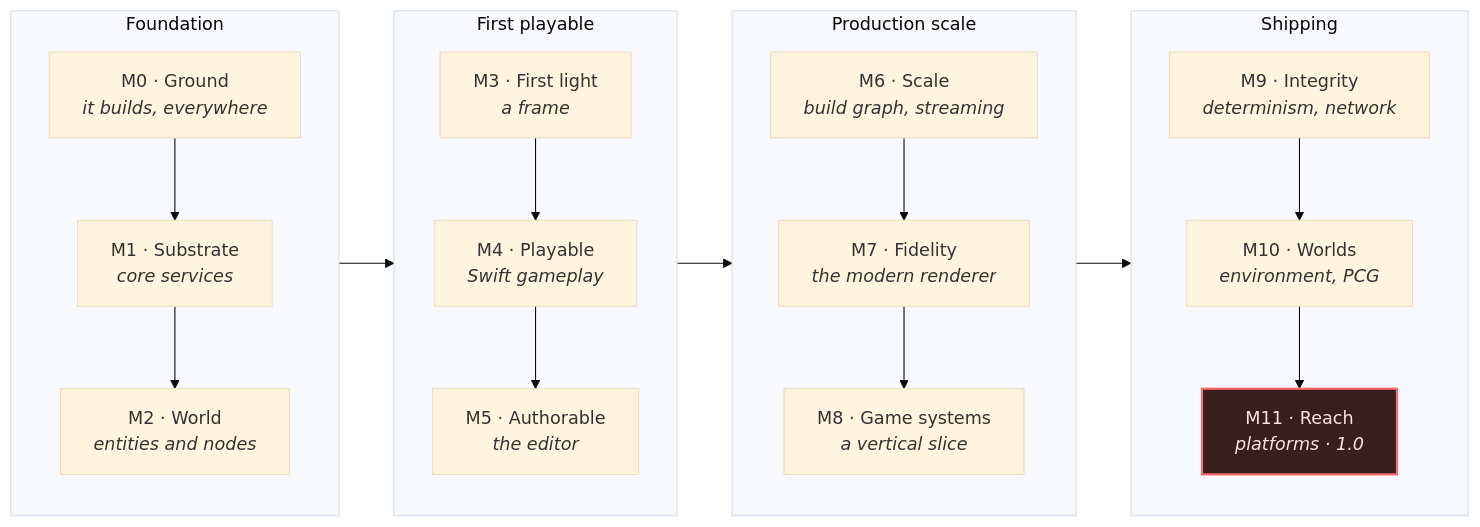
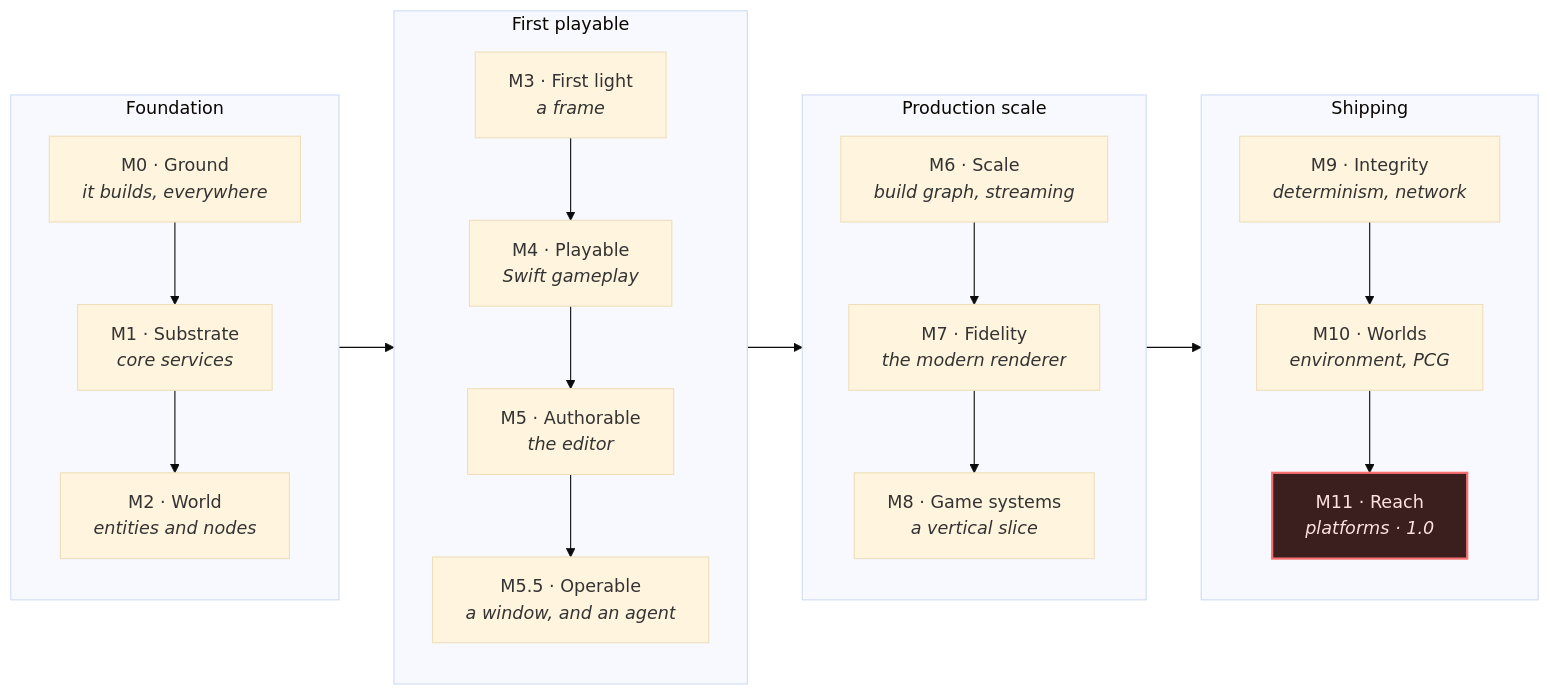
The diagram in docs/ROADMAP.md (CyberdyneCorp/CyberdyneEngine), drawn with Mermaid (base theme) before and after one commit. The commit also changed other lines of this file and 148 other files, not shown here.

````diff
--- a/docs/ROADMAP.md
+++ b/docs/ROADMAP.md
@@ -22,37 +29,38 @@
 ```mermaid
 flowchart LR
     subgraph F["Foundation"]
         direction TB
         M0["M0 · Ground<br/><i>it builds, everywhere</i>"]
         M1["M1 · Substrate<br/><i>core services</i>"]
         M2["M2 · World<br/><i>entities and nodes</i>"]
         M0 --> M1 --> M2
     end
     subgraph P["First playable"]
         direction TB
         M3["M3 · First light<br/><i>a frame</i>"]
         M4["M4 · Playable<br/><i>Swift gameplay</i>"]
         M5["M5 · Authorable<br/><i>the editor</i>"]
-        M3 --> M4 --> M5
+        M5B["M5.5 · Operable<br/><i>a window, and an agent</i>"]
+        M3 --> M4 --> M5 --> M5B
     end
     subgraph S["Production scale"]
         direction TB
         M6["M6 · Scale<br/><i>build graph, streaming</i>"]
         M7["M7 · Fidelity<br/><i>the modern renderer</i>"]
         M8["M8 · Game systems<br/><i>a vertical slice</i>"]
         M6 --> M7 --> M8
     end
     subgraph SH["Shipping"]
         direction TB
         M9["M9 · Integrity<br/><i>determinism, network</i>"]
         M10["M10 · Worlds<br/><i>environment, PCG</i>"]
         M11["M11 · Reach<br/><i>platforms · 1.0</i>"]
         M9 --> M10 --> M11
     end
     M2 --> M3
-    M5 --> M6
+    M5B --> M6
     M8 --> M9
 
     classDef gate fill:#3b1f1f,stroke:#f87171,stroke-width:2px,color:#fee2e2
     class M11 gate
 ```
````
